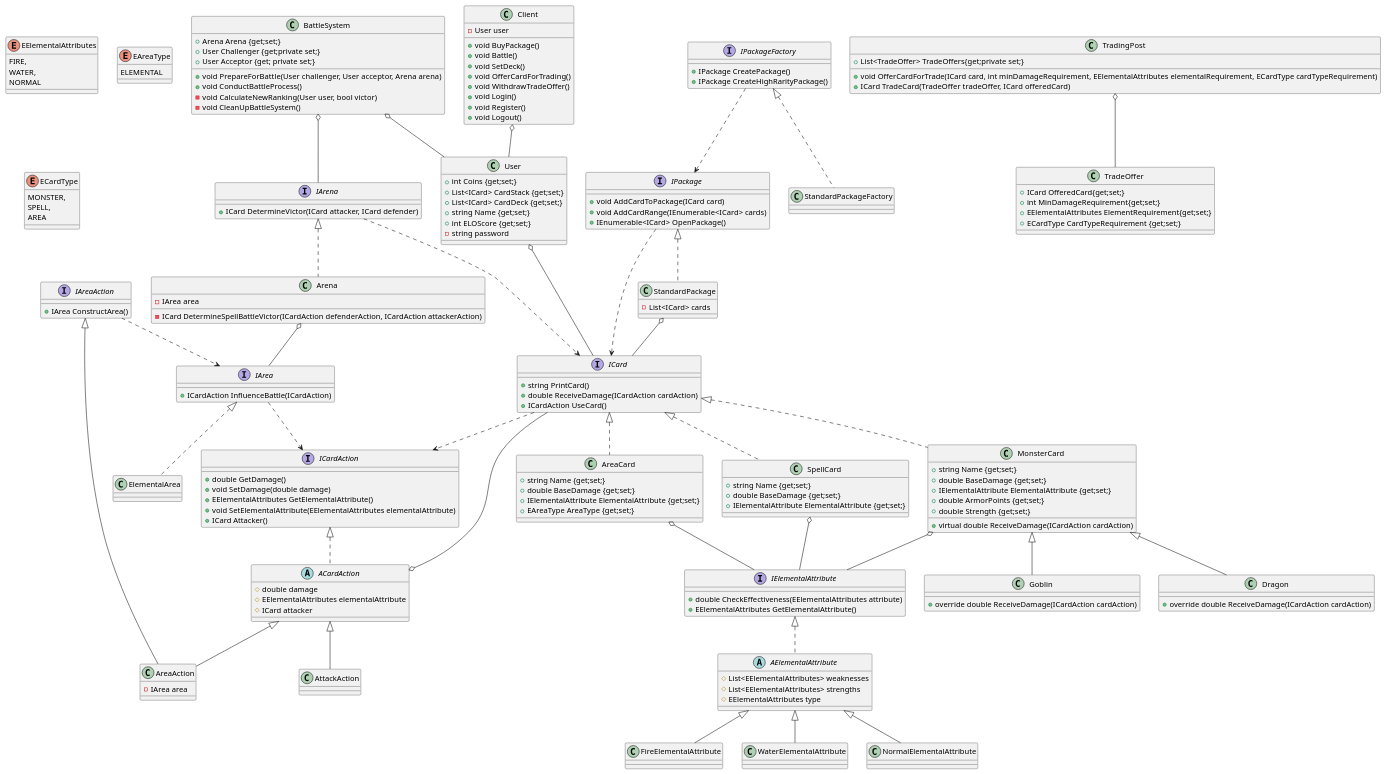
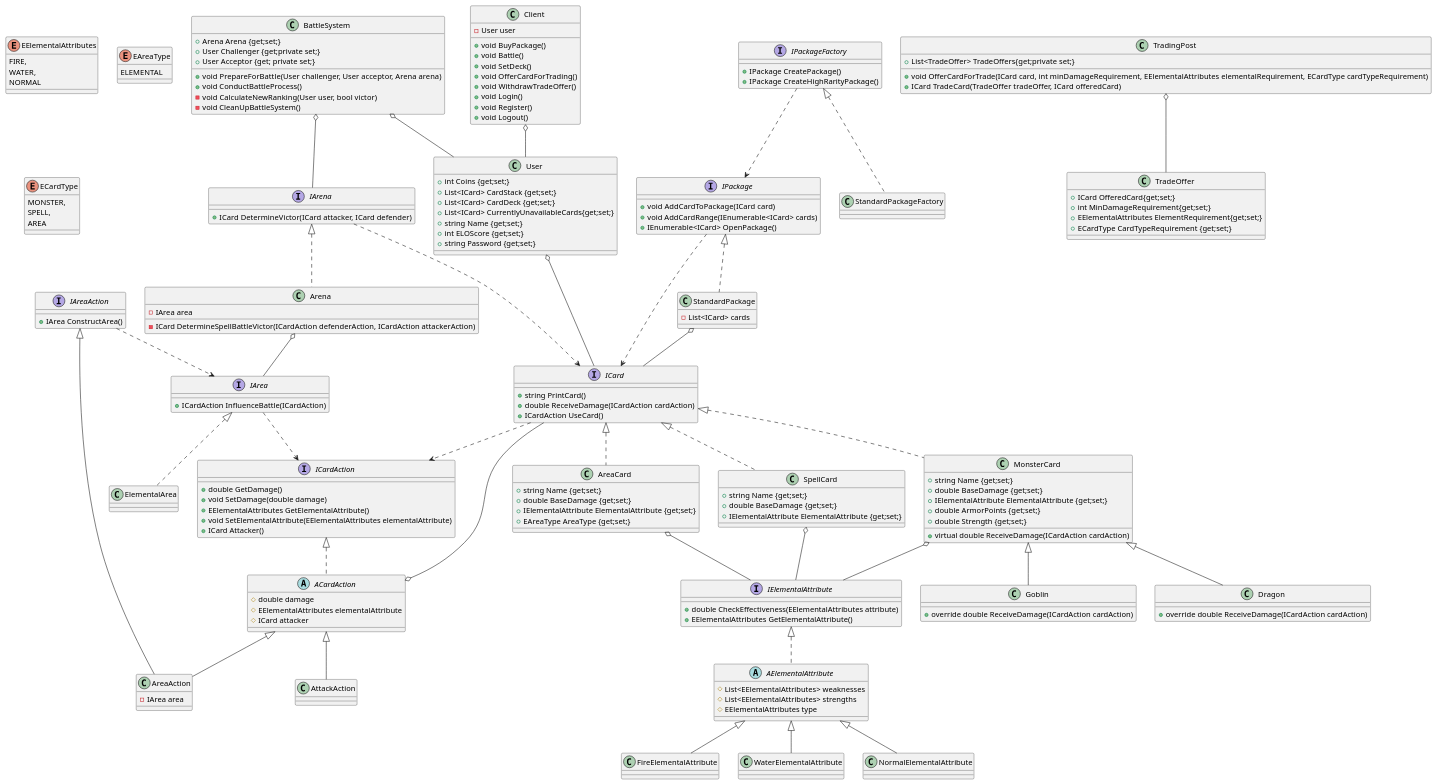
Before and after one commit to kretmatt/SWE1-MTCG: the diagram in mtcg.wsd, drawn with PlantUML. The commit also changed 2 other files, not shown here.

```diff
--- a/mtcg.wsd
+++ b/mtcg.wsd
@@ -1,198 +1,199 @@
 @startuml
 
 interface ICard{
     + string PrintCard()
     + double ReceiveDamage(ICardAction cardAction)
     + ICardAction UseCard()
 }
 
 ICard ..> ICardAction
 
 
 class AreaCard implements ICard{
     + string Name {get;set;}
     + double BaseDamage {get;set;}
     + IElementalAttribute ElementalAttribute {get;set;}
     + EAreaType AreaType {get;set;}
 }
 
 AreaCard o-- IElementalAttribute
 
 class MonsterCard implements ICard{
     + string Name {get;set;}
     + double BaseDamage {get;set;}
     + IElementalAttribute ElementalAttribute {get;set;}
     + double ArmorPoints {get;set;}
     + double Strength {get;set;}
 
     + virtual double ReceiveDamage(ICardAction cardAction)
 }
 
 MonsterCard o-- IElementalAttribute
 
 class Goblin extends MonsterCard{
     + override double ReceiveDamage(ICardAction cardAction)
 }
 class Dragon extends MonsterCard{
     + override double ReceiveDamage(ICardAction cardAction)
 }
 
 class SpellCard implements ICard{
     + string Name {get;set;}
     + double BaseDamage {get;set;}
     + IElementalAttribute ElementalAttribute {get;set;}
 }
 
 SpellCard o-- IElementalAttribute
 
 interface IArena{
     + ICard DetermineVictor(ICard attacker, ICard defender)
 }
 
 IArena ..> ICard
 
 class Arena implements IArena{
     - IArea area
     - ICard DetermineSpellBattleVictor(ICardAction defenderAction, ICardAction attackerAction)
 }
 
 Arena o-- IArea
 
 enum EElementalAttributes{
     FIRE,
     WATER,
     NORMAL
 }
 
 interface IElementalAttribute{
     + double CheckEffectiveness(EElementalAttributes attribute)
     + EElementalAttributes GetElementalAttribute()
 }
 
 abstract class AElementalAttribute implements IElementalAttribute{
     # List<EElementalAttributes> weaknesses
     # List<EElementalAttributes> strengths
     # EElementalAttributes type
 }
 class FireElementalAttribute extends AElementalAttribute{
 }
 class WaterElementalAttribute extends AElementalAttribute{
 }
 class NormalElementalAttribute extends AElementalAttribute{
 }
 
 
 interface IPackageFactory{
     + IPackage CreatePackage()
     + IPackage CreateHighRarityPackage()
 }
 IPackageFactory ..> IPackage
 class StandardPackageFactory implements IPackageFactory{
 }
 interface IPackage{
     + void AddCardToPackage(ICard card)
     + void AddCardRange(IEnumerable<ICard> cards)
     + IEnumerable<ICard> OpenPackage()
 }
 IPackage ..> ICard
 class StandardPackage implements IPackage{
     - List<ICard> cards
 }
 StandardPackage o-- ICard
 
 class User{
     + int Coins {get;set;}
     + List<ICard> CardStack {get;set;}
     + List<ICard> CardDeck {get;set;}
+    + List<ICard> CurrentlyUnavailableCards{get;set;}
     + string Name {get;set;}
     + int ELOScore {get;set;}
-    - string password
+    + string Password {get;set;}
 }
 User o-- ICard
 
 class Client{
     - User user
 
     + void BuyPackage()
     + void Battle()
     + void SetDeck()
     + void OfferCardForTrading()
     + void WithdrawTradeOffer()
     + void Login()
     + void Register()
     + void Logout()
 }
 
 Client o-- User
 class BattleSystem{
     + Arena Arena {get;set;}
     + User Challenger {get;private set;}
     + User Acceptor {get; private set;}
 
     + void PrepareForBattle(User challenger, User acceptor, Arena arena)
     + void ConductBattleProcess()
     - void CalculateNewRanking(User user, bool victor)
     - void CleanUpBattleSystem()
 }
 BattleSystem o-- User
 BattleSystem o-- IArena
 interface ICardAction{
     + double GetDamage()
     + void SetDamage(double damage)
     + EElementalAttributes GetElementalAttribute()
     + void SetElementalAttribute(EElementalAttributes elementalAttribute)
     + ICard Attacker()
 }
 abstract class ACardAction implements ICardAction{
     # double damage
     # EElementalAttributes elementalAttribute
     # ICard attacker
 }
 ACardAction o-- ICard
 
 class AttackAction extends ACardAction{
 
 }
 
 interface IAreaAction{
     + IArea ConstructArea()
 }
 IAreaAction ..> IArea
 class AreaAction extends ACardAction, IAreaAction{
     - IArea area
 }
 
 enum EAreaType{
     ELEMENTAL
 }
 
 interface IArea{
     + ICardAction InfluenceBattle(ICardAction)
 }
 IArea ..> ICardAction
 class ElementalArea implements IArea{
 
 }
 
 enum ECardType{
     MONSTER,
     SPELL,
     AREA
 }
 
 class TradeOffer{
     + ICard OfferedCard{get;set;}
     + int MinDamageRequirement{get;set;}
     + EElementalAttributes ElementRequirement{get;set;}
     + ECardType CardTypeRequirement {get;set;}
 
 }
 
 class TradingPost{
     + List<TradeOffer> TradeOffers{get;private set;}
     + void OfferCardForTrade(ICard card, int minDamageRequirement, EElementalAttributes elementalRequirement, ECardType cardTypeRequirement)
     + ICard TradeCard(TradeOffer tradeOffer, ICard offeredCard)
 }
 
 TradingPost o-- TradeOffer
 @enduml
```
